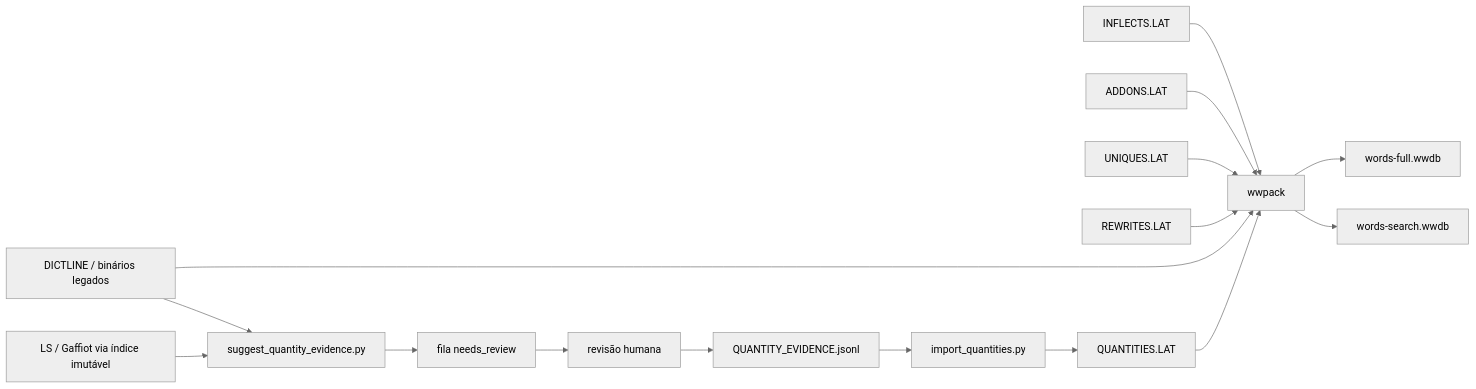
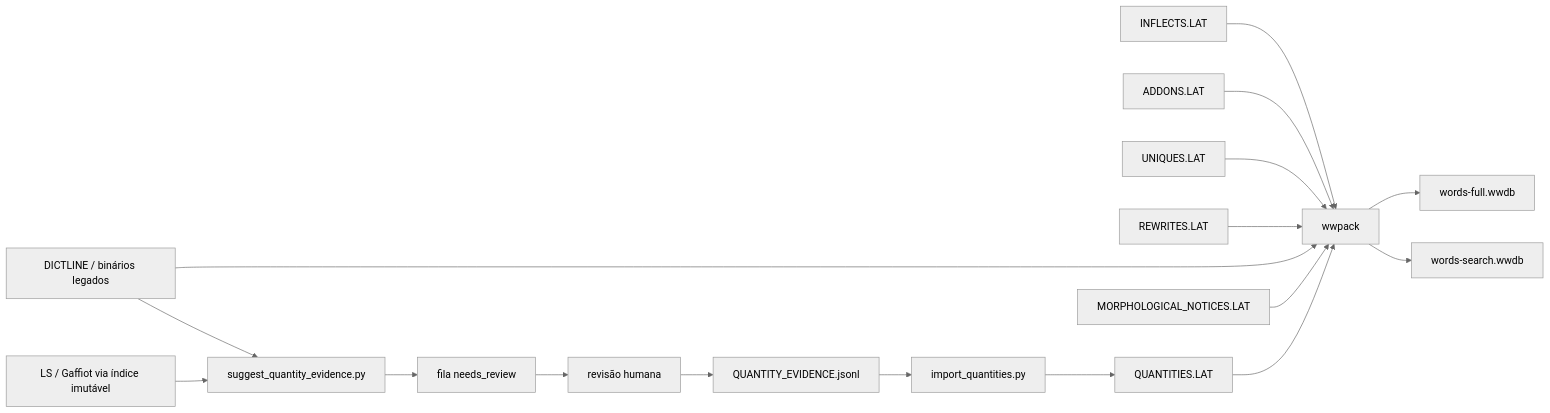
The first of 4 diagrams in whitakers-words/docs/arquitetura-engine-cpp23.md (Fabio3rs/WordsWASM), drawn with Mermaid (neutral theme) before and after one commit. The commit also changed other lines of this file and 21 other files, not shown here.

First line of the commit message:
feat(morphology): implement data-driven morphological notices in WWDB 1.9

````diff
--- a/whitakers-words/docs/arquitetura-engine-cpp23.md
+++ b/whitakers-words/docs/arquitetura-engine-cpp23.md
@@ -57,18 +58,19 @@
 ```mermaid
 flowchart LR
     D[DICTLINE / binários legados] --> P[wwpack]
     I[INFLECTS.LAT] --> P
     A[ADDONS.LAT] --> P
     U[UNIQUES.LAT] --> P
     R[REWRITES.LAT] --> P
     X[LS / Gaffiot via índice imutável] --> SQ[suggest_quantity_evidence.py]
     D --> SQ
     SQ --> C[fila needs_review]
     C --> H[revisão humana]
     H --> E
     E[QUANTITY_EVIDENCE.jsonl] --> IQ[import_quantities.py]
     IQ --> Q[QUANTITIES.LAT]
     Q --> P
+    MN[MORPHOLOGICAL_NOTICES.LAT] --> P
     P --> F[words-full.wwdb]
     P --> S[words-search.wwdb]
 ```
````
